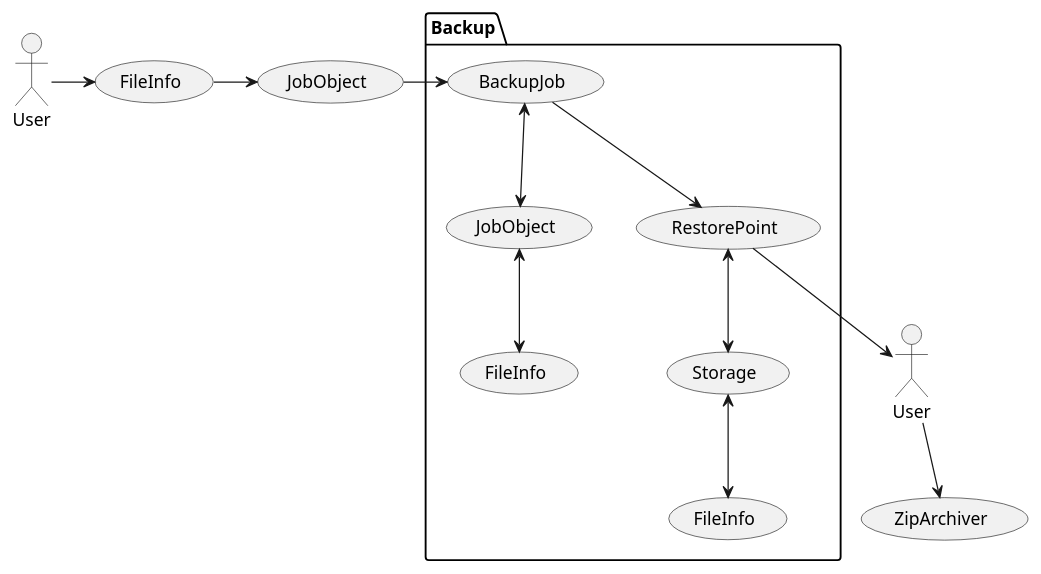
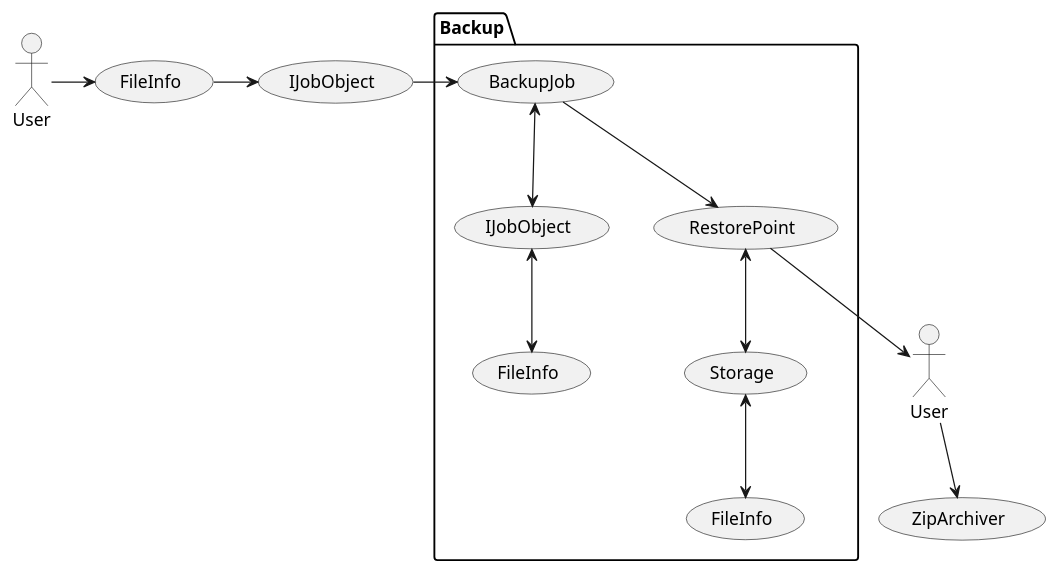
One commit to Ar4eR-ValerA/OOP.IIIsem changed the diagram in Docs/Usecase.puml. Above: the diagram before and after it, drawn with PlantUML. The commit also changed 1 other file, not shown here.

Commit message:
chore: updates docs        classes uml v2.0        usecase uml v1.3

```diff
--- a/Docs/Usecase.puml
+++ b/Docs/Usecase.puml
@@ -1,32 +1,32 @@
 @startuml
 
 actor User as UserSender
 actor User as UserTaker
 
 
 package Backup {
     usecase BackupJob
-    usecase JobObject
+    usecase IJobObject
     usecase RestorePoint  
     usecase Storage
     usecase FileInfo as FileStorageInfo
     usecase FileInfo as FileJobObjectInfo
 }
 
 usecase FileInfo as FileUserInfo
-usecase JobObject as JobObjectUser
+usecase IJobObject as JobObjectUser
 usecase ZipArchiver
 
-BackupJob <--> JobObject
+BackupJob <--> IJobObject
 BackupJob --> RestorePoint
 RestorePoint <--> Storage
 Storage <--> FileStorageInfo
-JobObject <--> FileJobObjectInfo
+IJobObject <--> FileJobObjectInfo
 
 UserSender -> FileUserInfo
 FileUserInfo -> JobObjectUser
 JobObjectUser -> BackupJob
 RestorePoint --> UserTaker
 UserTaker --> ZipArchiver
 
 @enduml
```
